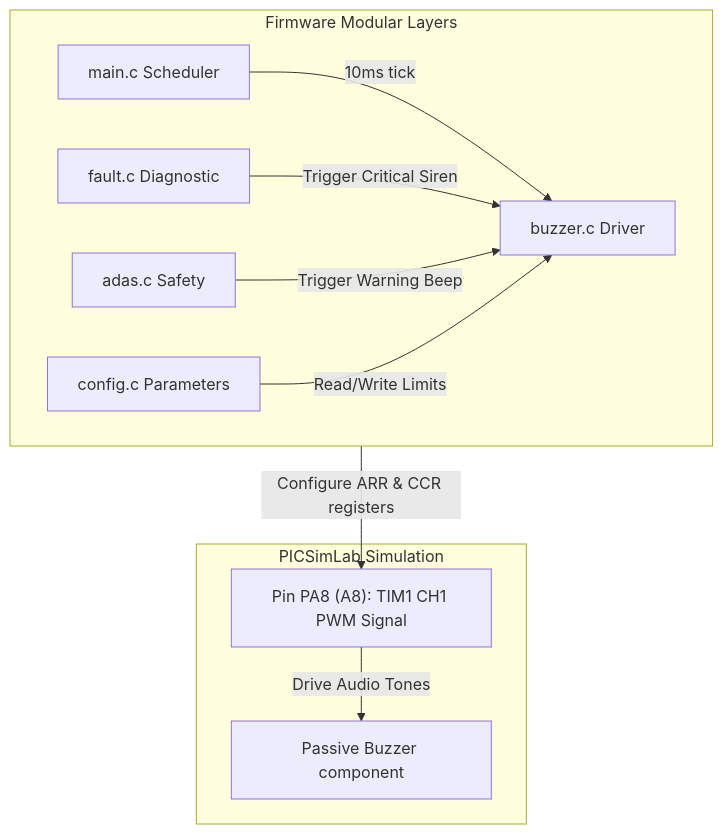
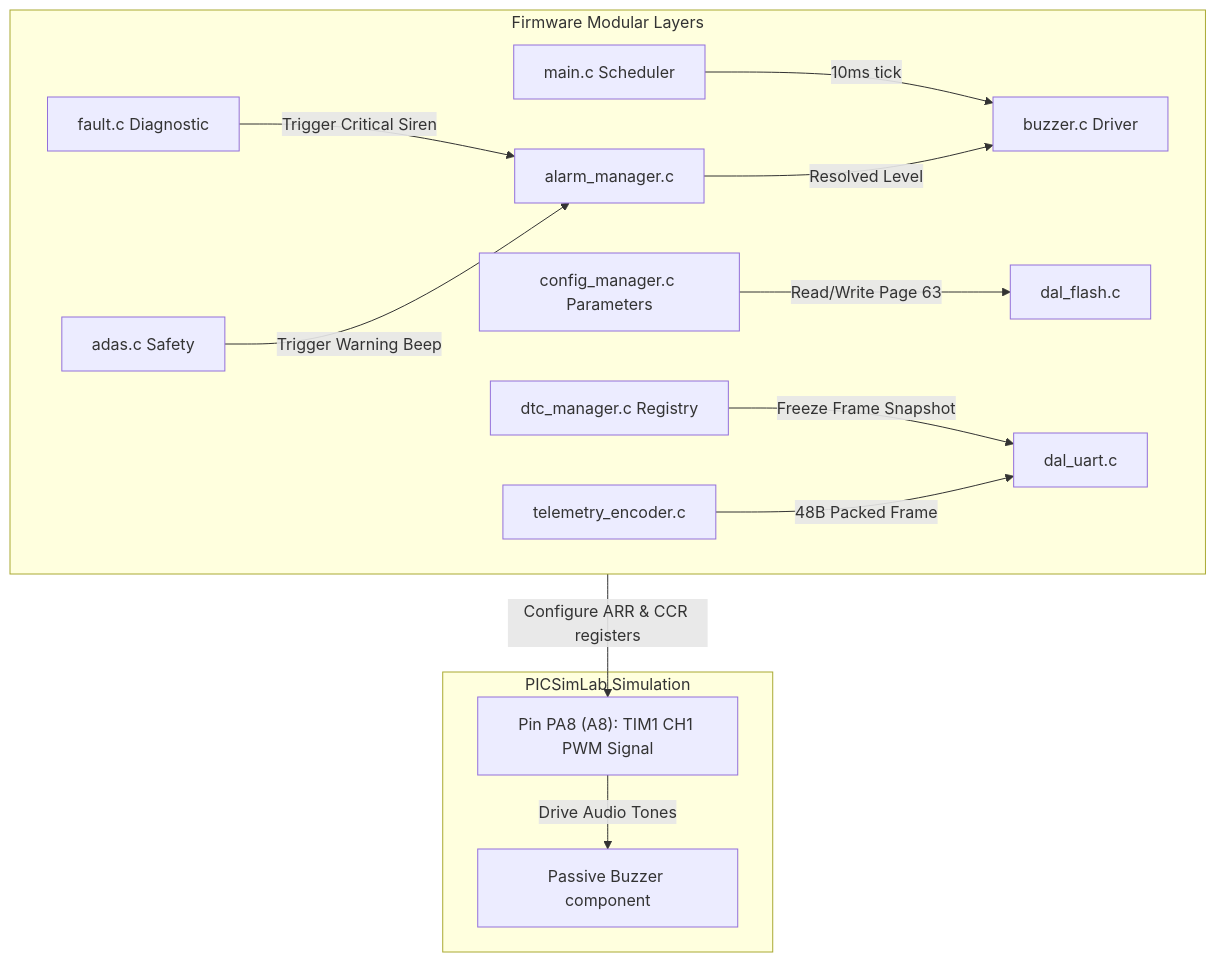
Before and after one commit to ahana4banerjee/ev_adas_dashboard: the second of 3 diagrams in ROADMAP.md, drawn with Mermaid. The commit also changed other lines of this file, not shown here.

First line of the commit message:
docs(roadmap): update strategic evolution roadmap marking Phase 2 as completed

````diff
--- a/ROADMAP.md
+++ b/ROADMAP.md
@@ -104,15 +104,18 @@
 ```mermaid
 flowchart TD
     subgraph PICSimLab [PICSimLab Simulation]
         PWM_OUT["Pin PA8 (A8): TIM1 CH1 PWM Signal"]
         BZ_SPARE["Passive Buzzer component"]
         PWM_OUT -->|Drive Audio Tones| BZ_SPARE
     end
     subgraph Firmware [Firmware Modular Layers]
         MAIN[main.c Scheduler] -->|10ms tick| BZ_M[buzzer.c Driver]
-        FLT[fault.c Diagnostic] -->|Trigger Critical Siren| BZ_M
-        ADAS[adas.c Safety] -->|Trigger Warning Beep| BZ_M
-        CFG[config.c Parameters] -->|Read/Write Limits| BZ_M
+        FLT[fault.c Diagnostic] -->|Trigger Critical Siren| ALM[alarm_manager.c]
+        ADAS[adas.c Safety] -->|Trigger Warning Beep| ALM
+        ALM -->|Resolved Level| BZ_M
+        CFG[config_manager.c Parameters] -->|Read/Write Page 63| DAL_F[dal_flash.c]
+        DTC[dtc_manager.c Registry] -->|Freeze Frame Snapshot| UART[dal_uart.c]
+        SLIP_E[telemetry_encoder.c] -->|48B Packed Frame| UART
     end
     Firmware -->|Configure ARR & CCR registers| PWM_OUT
 ```
````
